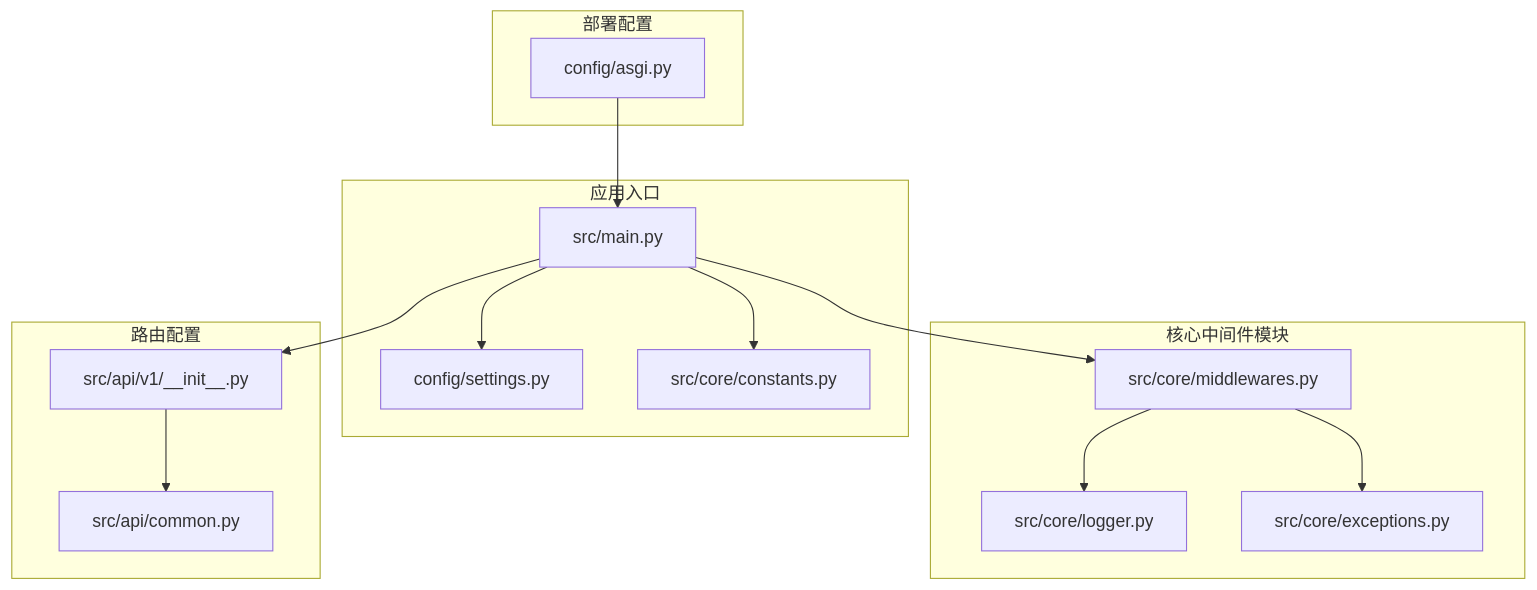
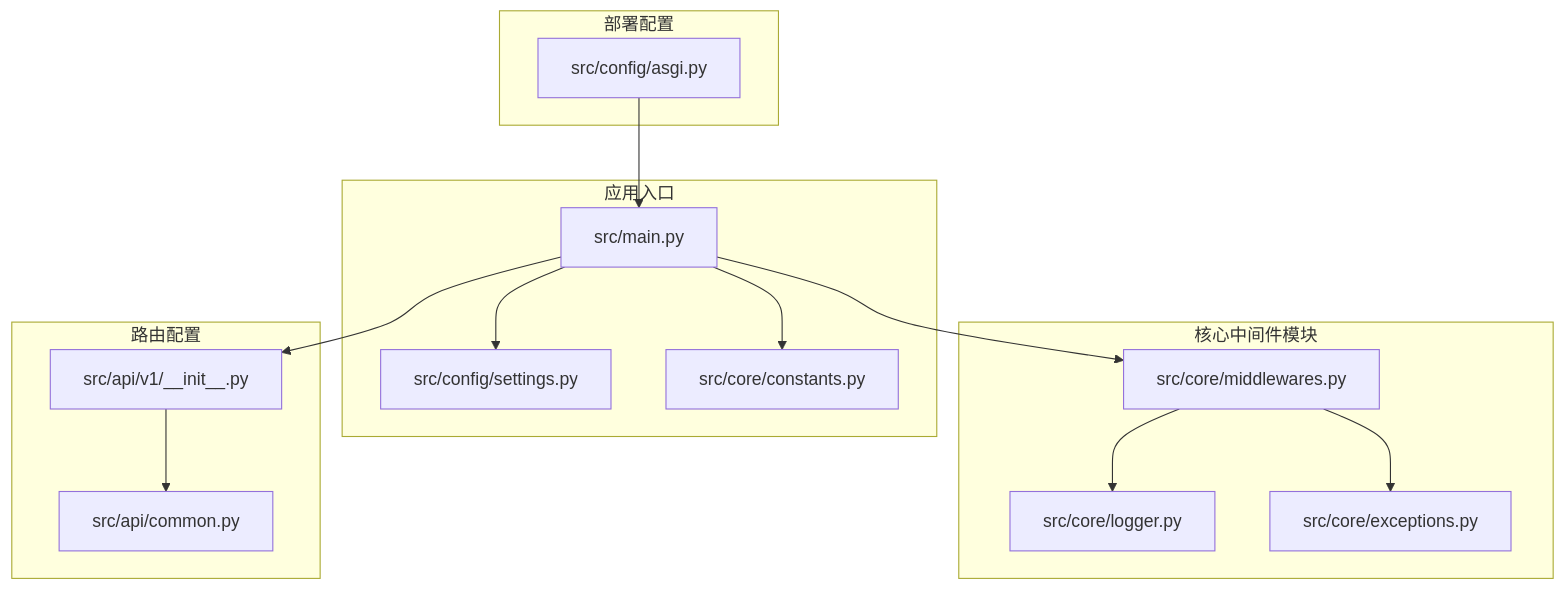
One commit to taoweidong/Hello-FastApi changed the first of 9 diagrams in .qoder/repowiki/zh/content/架构设计/中间件系统设计.md. Above: the diagram before and after it, drawn with Mermaid. The commit also changed other lines of this file and 11 other files, not shown here.

````diff
--- a/.qoder/repowiki/zh/content/架构设计/中间件系统设计.md
+++ b/.qoder/repowiki/zh/content/架构设计/中间件系统设计.md
@@ -37,28 +46,28 @@
 ```mermaid
 graph TB
 subgraph "核心中间件模块"
 M1[src/core/middlewares.py]
 L1[src/core/logger.py]
 E1[src/core/exceptions.py]
 end
 subgraph "应用入口"
 A1[src/main.py]
-S1[config/settings.py]
+S1[src/config/settings.py]
 C1[src/core/constants.py]
 end
 subgraph "路由配置"
 R1[src/api/v1/__init__.py]
 R2[src/api/common.py]
 end
 subgraph "部署配置"
-D1[config/asgi.py]
+D1[src/config/asgi.py]
 end
 M1 --> L1
 M1 --> E1
 A1 --> M1
 A1 --> S1
 A1 --> C1
 A1 --> R1
 R1 --> R2
 D1 --> A1
 ```
````
